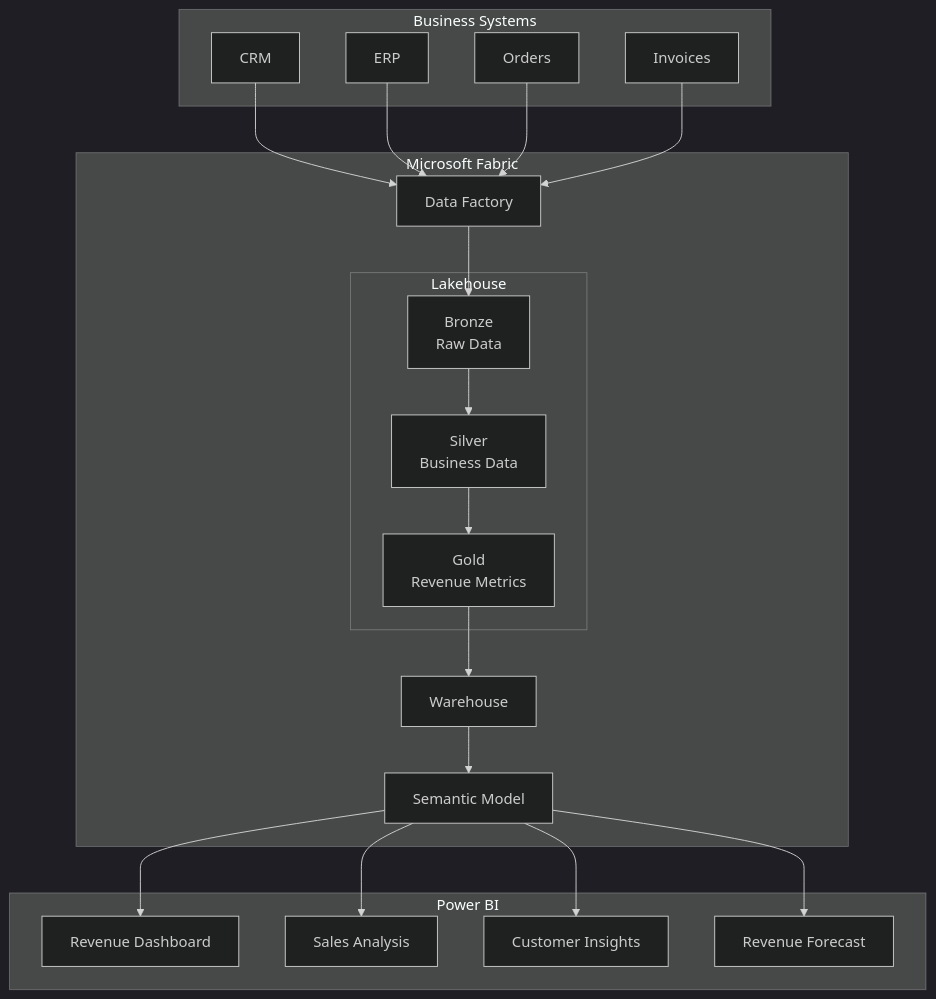
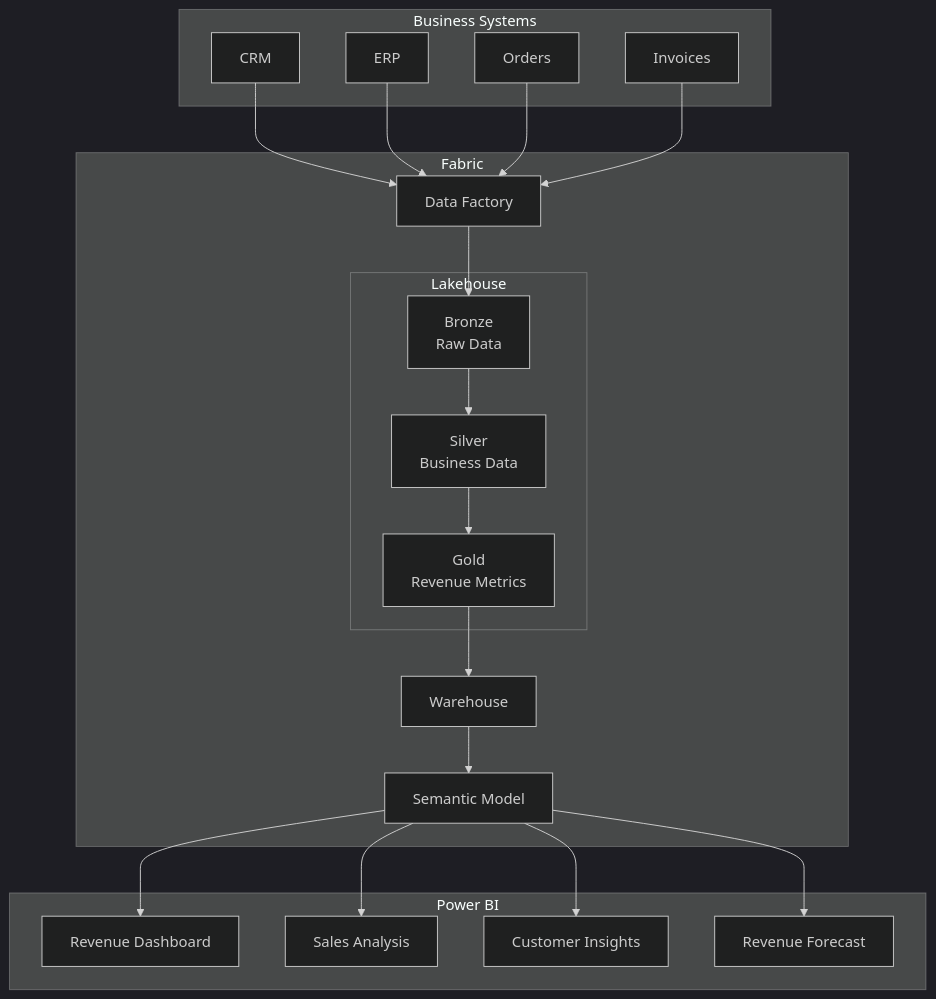
Before and after one commit to Solveright/Revenue-Visibility: the diagram in README.md, drawn with Mermaid (dark theme).

````diff
--- a/README.md
+++ b/README.md
@@ -17,47 +17,47 @@
 ```mermaid
 flowchart TB
 
     subgraph Sources["Business Systems"]
         CRM["CRM"]
         ERP["ERP"]
         Orders["Orders"]
         Invoices["Invoices"]
     end
 
-    subgraph Fabric["Microsoft Fabric"]
+    subgraph Fabric
         DF["Data Factory"]
 
         subgraph Lakehouse["Lakehouse"]
             Bronze["Bronze<br/>Raw Data"]
             Silver["Silver<br/>Business Data"]
             Gold["Gold<br/>Revenue Metrics"]
         end
 
         WH["Warehouse"]
         SM["Semantic Model"]
     end
 
     subgraph BI["Power BI"]
         Revenue["Revenue Dashboard"]
         Sales["Sales Analysis"]
         Customer["Customer Insights"]
         Forecast["Revenue Forecast"]
     end
 
     CRM --> DF
     ERP --> DF
     Orders --> DF
     Invoices --> DF
 
     DF --> Bronze
     Bronze --> Silver
     Silver --> Gold
 
     Gold --> WH
     WH --> SM
 
     SM --> Revenue
     SM --> Sales
     SM --> Customer
     SM --> Forecast
 ```
````
